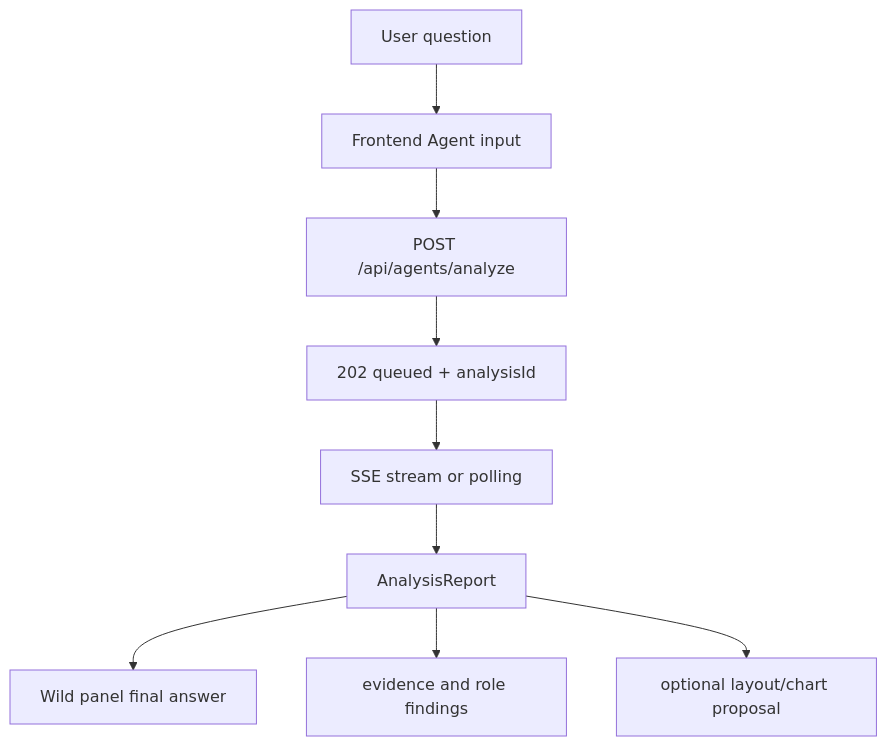
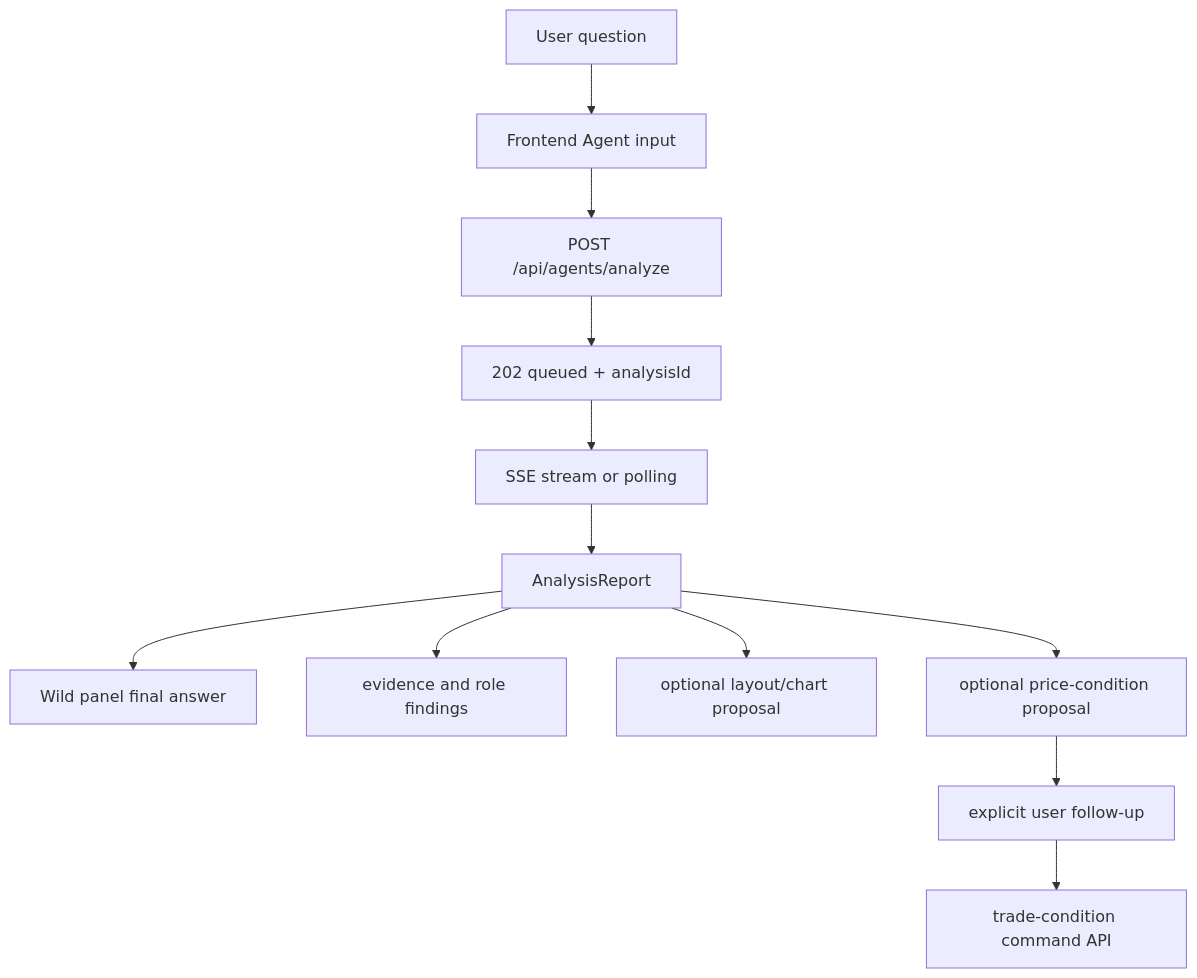
Before and after one commit to seunglee10/GOPS-BE: the diagram in docs/AGENT_FRONTEND_INTEGRATION.md, drawn with Mermaid. The commit also changed other lines of this file and 31 other files, not shown here.

Commit message:
feat: add price condition reservation workflow

````diff
--- a/docs/AGENT_FRONTEND_INTEGRATION.md
+++ b/docs/AGENT_FRONTEND_INTEGRATION.md
@@ -65,11 +73,14 @@
 ```mermaid
 flowchart TD
   User["User question"] --> FE["Frontend Agent input"]
   FE --> Submit["POST /api/agents/analyze"]
   Submit --> Queued["202 queued + analysisId"]
   Queued --> Wait["SSE stream or polling"]
   Wait --> Report["AnalysisReport"]
   Report --> Answer["Wild panel final answer"]
   Report --> Evidence["evidence and role findings"]
   Report --> OptionalUI["optional layout/chart proposal"]
+  Report --> PriceProposal["optional price-condition proposal"]
+  PriceProposal --> Confirm["explicit user follow-up"]
+  Confirm --> ConditionAPI["trade-condition command API"]
 ```
````
